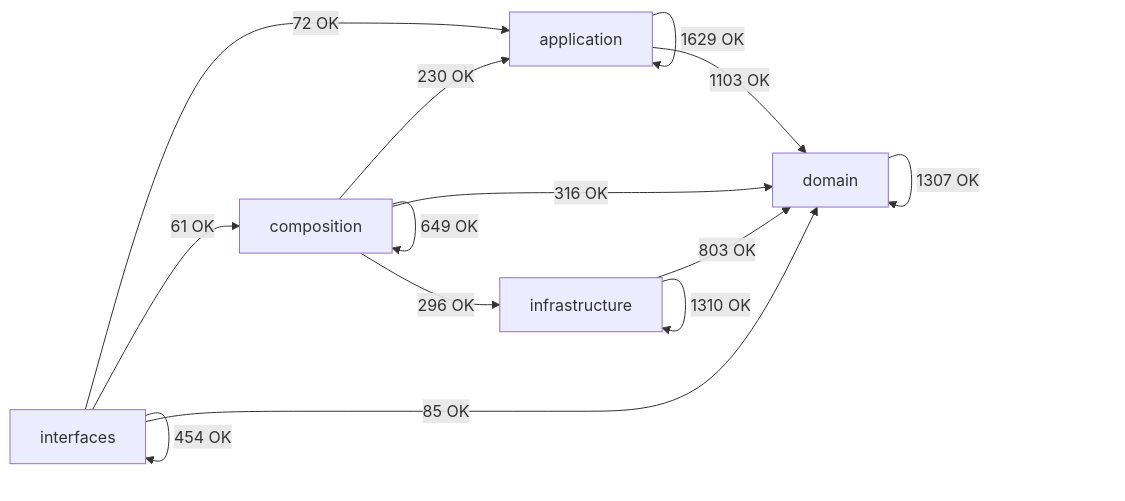
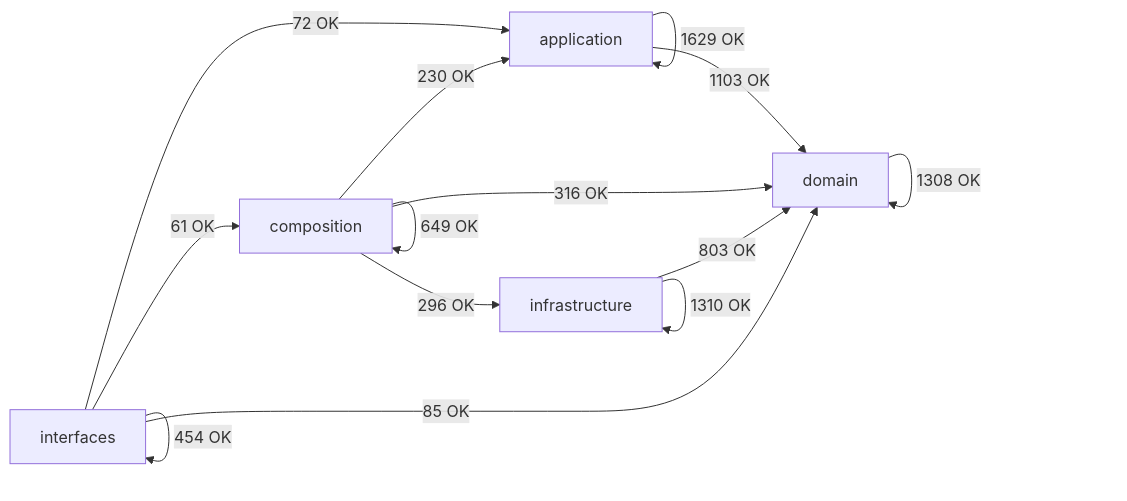
Before and after one commit to SatoryKono/BioactivityDataAcquisition: the diagram in docs/02-architecture/generated/module-dependency-map.md, drawn with Mermaid. The commit also changed other lines of this file and 21 other files, not shown here.

````diff
--- a/docs/02-architecture/generated/module-dependency-map.md
+++ b/docs/02-architecture/generated/module-dependency-map.md
@@ -17,21 +17,21 @@
 ```mermaid
 flowchart LR
     domain[domain]
     application[application]
     infrastructure[infrastructure]
     composition[composition]
     interfaces[interfaces]
     application -->|1629 OK| application
     application -->|1103 OK| domain
     composition -->|230 OK| application
     composition -->|649 OK| composition
     composition -->|316 OK| domain
     composition -->|296 OK| infrastructure
-    domain -->|1307 OK| domain
+    domain -->|1308 OK| domain
     infrastructure -->|803 OK| domain
     infrastructure -->|1310 OK| infrastructure
     interfaces -->|72 OK| application
     interfaces -->|61 OK| composition
     interfaces -->|85 OK| domain
     interfaces -->|454 OK| interfaces
 ```
````
